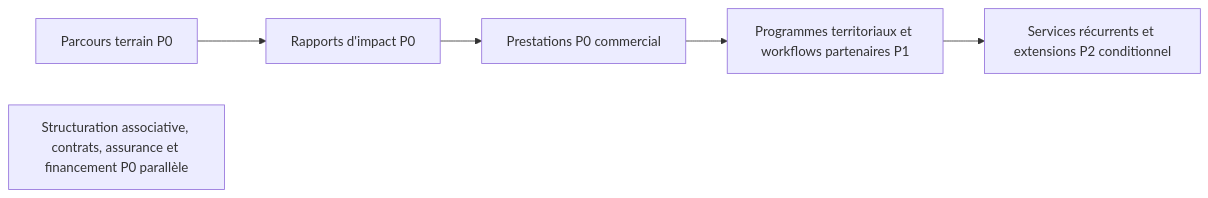
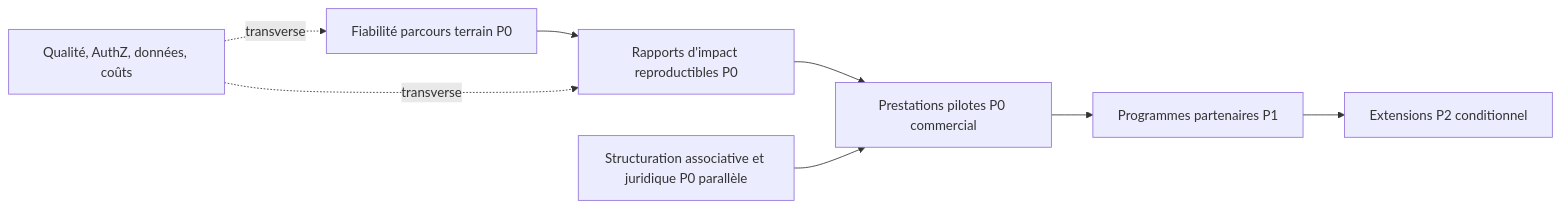
Before and after one commit to maxd4/CleanmyMap: the diagram in documentation/product/roadmap-priorisee.md, drawn with Mermaid. The commit also changed other lines of this file and 13 other files, not shown here.

````diff
--- a/documentation/product/roadmap-priorisee.md
+++ b/documentation/product/roadmap-priorisee.md
@@ -50,8 +11,10 @@
 ```mermaid
 flowchart LR
-  TERRAIN[Parcours terrain P0] --> RAPPORTS[Rapports d'impact P0]
-  RAPPORTS --> PRESTATIONS[Prestations P0 commercial]
-  STRUCTURE[Structuration associative, contrats, assurance et financement P0 parallèle]
-  PRESTATIONS --> PROGRAMMES[Programmes territoriaux et workflows partenaires P1]
-  PROGRAMMES --> EXTENSIONS[Services récurrents et extensions P2 conditionnel]
+  A[Fiabilité parcours terrain P0] --> B[Rapports d'impact reproductibles P0]
+  B --> C[Prestations pilotes P0 commercial]
+  S[Structuration associative et juridique P0 parallèle] --> C
+  C --> D[Programmes partenaires P1]
+  D --> E[Extensions P2 conditionnel]
+  Q[Qualité, AuthZ, données, coûts] -. transverse .-> A
+  Q -. transverse .-> B
 ```
````
